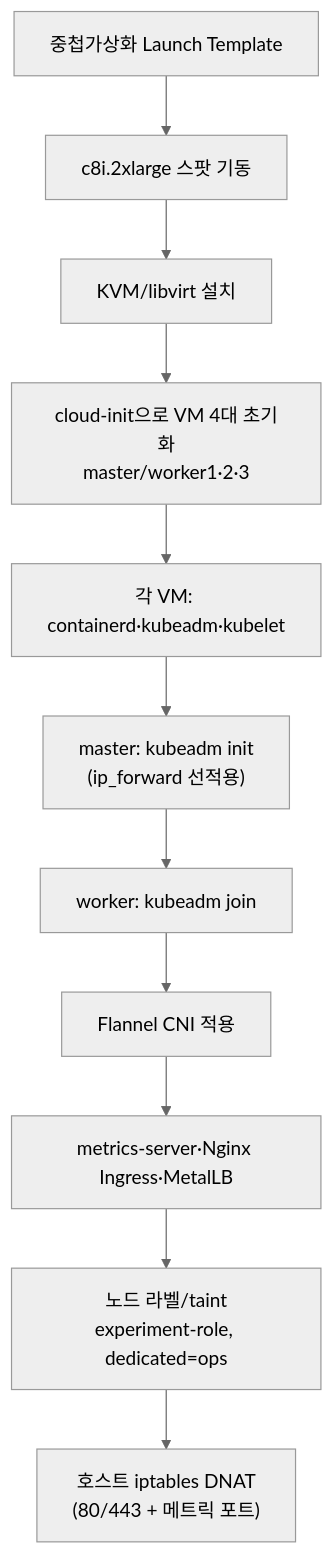
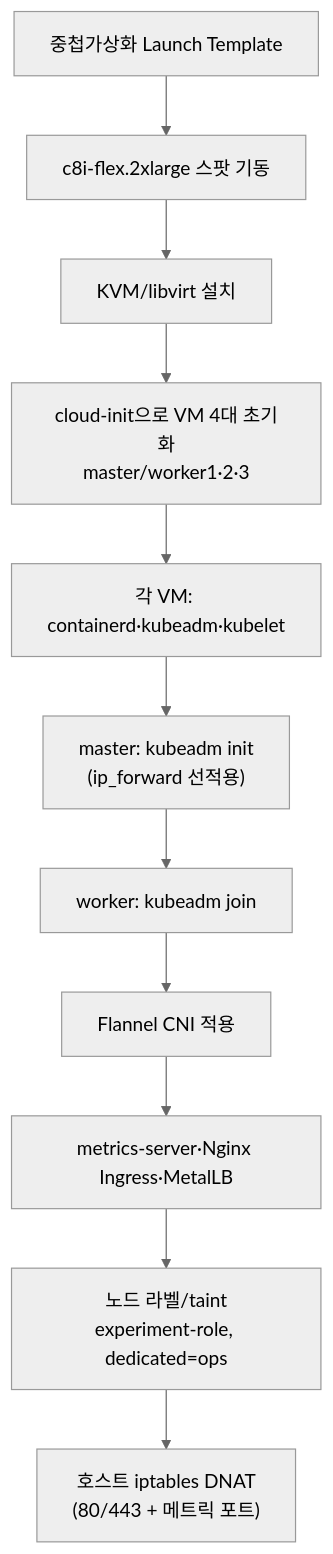
Before and after one commit to goahead-glitch/when-nodes-run-out: the fourth of 6 diagrams in docs/architecture.md, drawn with Mermaid (neutral theme). The commit also changed 20 other files, not shown here.

````diff
--- a/docs/architecture.md
+++ b/docs/architecture.md
@@ -71,13 +71,13 @@
 ```mermaid
 flowchart TB
-  a["중첩가상화 Launch Template"] --> b["c8i.2xlarge 스팟 기동"]
+  a["중첩가상화 Launch Template"] --> b["c8i-flex.2xlarge 스팟 기동"]
   b --> c["KVM/libvirt 설치"]
   c --> d["cloud-init으로 VM 4대 초기화<br/>master/worker1·2·3"]
   d --> e["각 VM: containerd·kubeadm·kubelet"]
   e --> f["master: kubeadm init<br/>(ip_forward 선적용)"]
   f --> g["worker: kubeadm join"]
   g --> h["Flannel CNI 적용"]
   h --> i["metrics-server·Nginx Ingress·MetalLB"]
   i --> j["노드 라벨/taint<br/>experiment-role, dedicated=ops"]
   j --> k["호스트 iptables DNAT<br/>(80/443 + 메트릭 포트)"]
 ```
````
